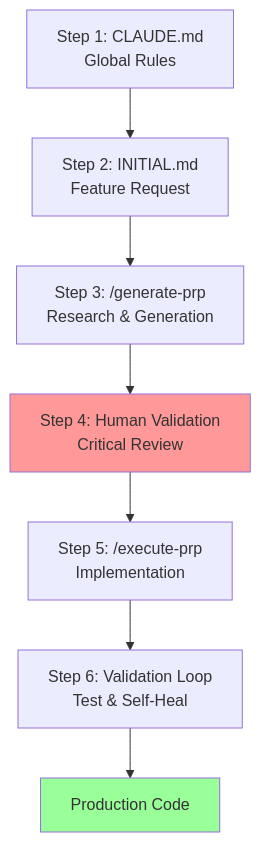
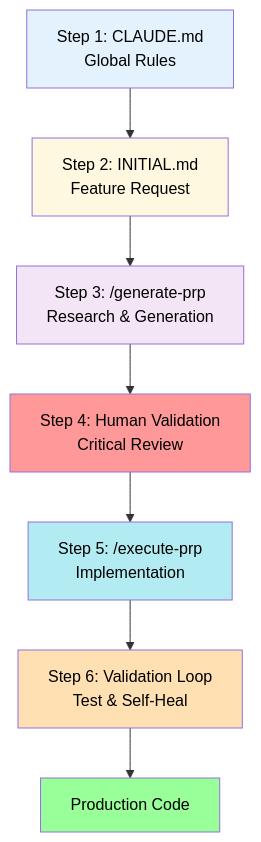
One commit to bprzybys-nc/ctx-eng-plus changed the second of 4 diagrams in docs/01-prp-system.md. Above: the diagram before and after it, drawn with Mermaid. The commit also changed other lines of this file and 8 other files, not shown here.

````diff
--- a/docs/01-prp-system.md
+++ b/docs/01-prp-system.md
@@ -508,12 +526,17 @@
 ```mermaid
 graph TB
     A[Step 1: CLAUDE.md<br/>Global Rules] --> B[Step 2: INITIAL.md<br/>Feature Request]
     B --> C[Step 3: /generate-prp<br/>Research & Generation]
     C --> D[Step 4: Human Validation<br/>Critical Review]
     D --> E[Step 5: /execute-prp<br/>Implementation]
     E --> F[Step 6: Validation Loop<br/>Test & Self-Heal]
     F --> G[Production Code]
 
-    style D fill:#ff9999
-    style G fill:#99ff99
+    style A fill:#e3f2fd,color:#000
+    style B fill:#fff8e1,color:#000
+    style C fill:#f3e5f5,color:#000
+    style D fill:#ff9999,color:#000
+    style E fill:#b2ebf2,color:#000
+    style F fill:#ffe0b2,color:#000
+    style G fill:#99ff99,color:#000
 ```
````
